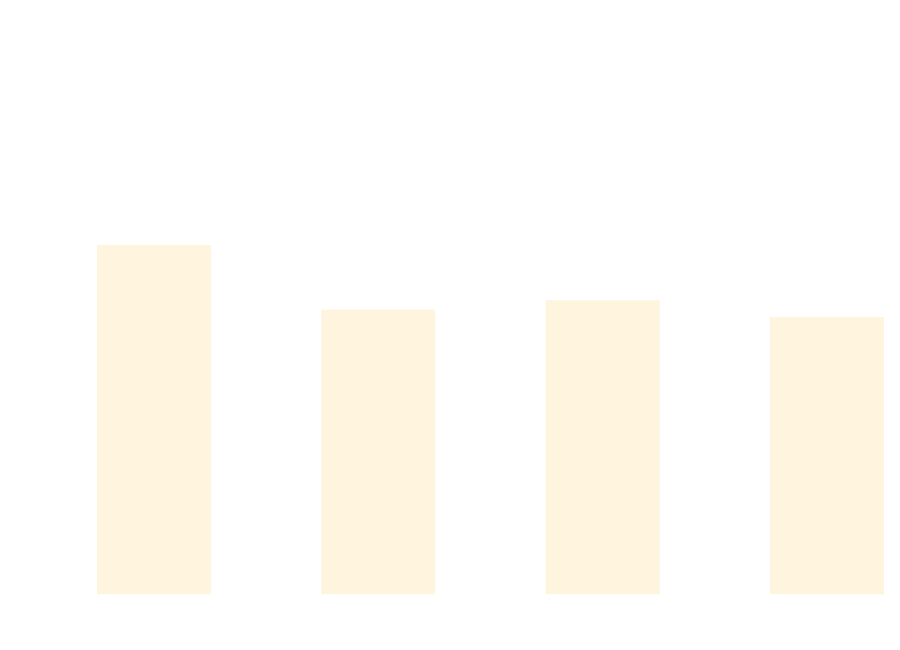
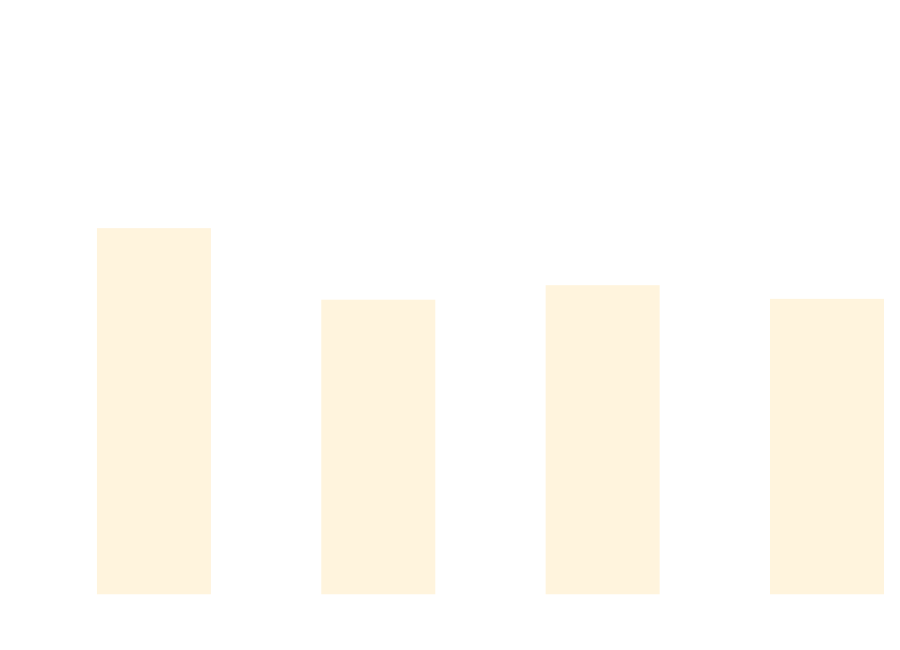
The diagram in docs/docs/benchmarks/BuildTime.md (thomhurst/TUnit), drawn with Mermaid before and after one commit. The commit also changed other lines of this file and 17 other files, not shown here.

````diff
--- a/docs/docs/benchmarks/BuildTime.md
+++ b/docs/docs/benchmarks/BuildTime.md
@@ -28,37 +28,37 @@
 ```mermaid
 %%{init: {
   'theme':'base',
   'themeVariables': {
     'primaryColor': '#2563eb',
     'primaryTextColor': '#ffffff',
     'primaryBorderColor': '#1e40af',
     'lineColor': '#6b7280',
     'secondaryColor': '#7c3aed',
     'tertiaryColor': '#dc2626',
     'background': '#ffffff',
     'mainBkg': '#2563eb',
     'secondBkg': '#7c3aed',
     'tertiaryBkg': '#dc2626',
     'clusterBkg': '#f3f4f6',
     'edgeLabelBackground': '#ffffff',
     'tertiaryTextColor': '#1f2937',
     'pie1': '#2563eb',
     'pie2': '#7c3aed',
     'pie3': '#dc2626',
     'pie4': '#f59e0b',
     'pie5': '#10b981',
     'pie6': '#06b6d4',
     'pie7': '#ec4899',
     'pie8': '#6366f1',
     'pie9': '#84cc16',
     'pie10': '#f97316',
     'pie11': '#14b8a6',
     'pie12': '#a855f7'
   }
 }}%%
 xychart-beta
   title "Build Time Comparison"
   x-axis ["Build_TUnit", "Build_NUnit", "Build_MSTest", "Build_xUnit3"]
   y-axis "Time (s)" 0 --> 3
-  bar [2.008, 1.625, 1.681, 1.581]
+  bar [2.108, 1.684, 1.77, 1.689]
 ```
````
